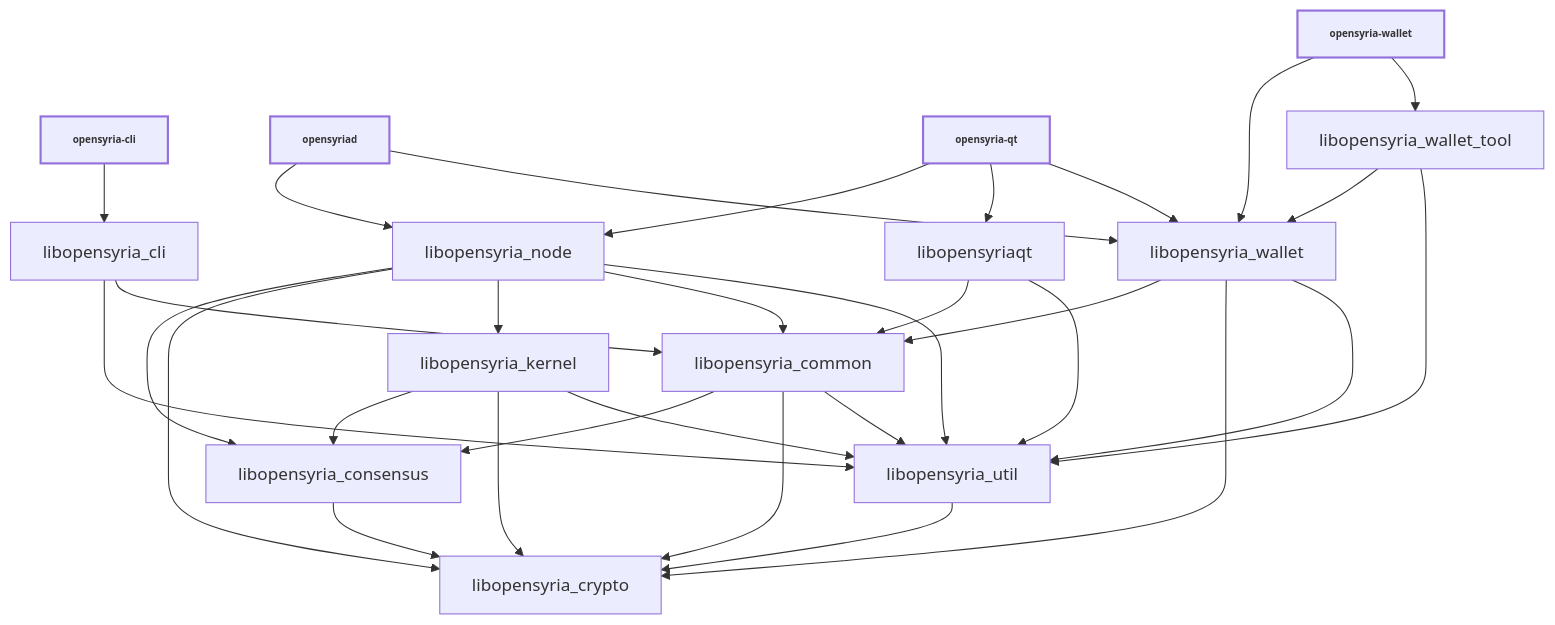
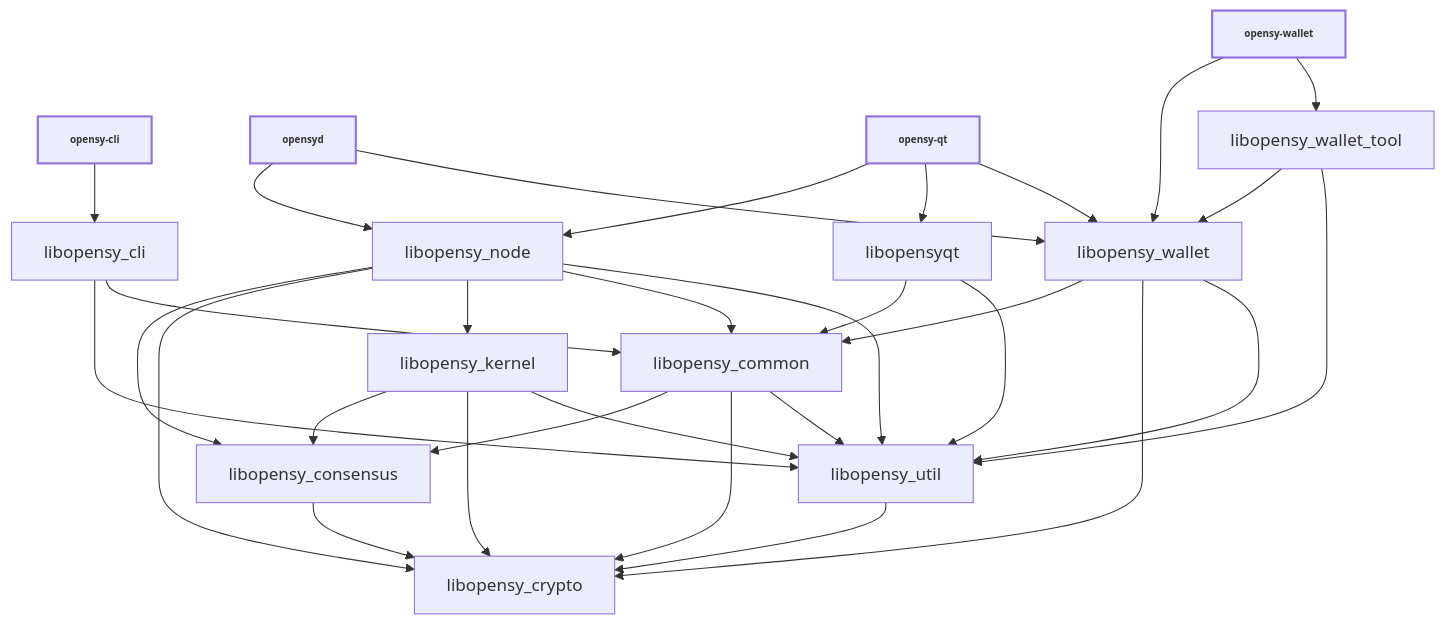
Before and after one commit to opensyria/OpenSyria: the diagram in doc/design/libraries.md, drawn with Mermaid. The commit also changed other lines of this file and 2018 other files, not shown here.

````diff
--- a/doc/design/libraries.md
+++ b/doc/design/libraries.md
@@ -36,52 +36,52 @@
 ```mermaid
 
 %%{ init : { "flowchart" : { "curve" : "basis" }}}%%
 
 graph TD;
 
-opensyria-cli[opensyria-cli]-->libopensyria_cli;
+opensy-cli[opensy-cli]-->libopensy_cli;
 
-opensyriad[opensyriad]-->libopensyria_node;
-opensyriad[opensyriad]-->libopensyria_wallet;
+opensyd[opensyd]-->libopensy_node;
+opensyd[opensyd]-->libopensy_wallet;
 
-opensyria-qt[opensyria-qt]-->libopensyria_node;
-opensyria-qt[opensyria-qt]-->libopensyriaqt;
-opensyria-qt[opensyria-qt]-->libopensyria_wallet;
+opensy-qt[opensy-qt]-->libopensy_node;
+opensy-qt[opensy-qt]-->libopensyqt;
+opensy-qt[opensy-qt]-->libopensy_wallet;
 
-opensyria-wallet[opensyria-wallet]-->libopensyria_wallet;
-opensyria-wallet[opensyria-wallet]-->libopensyria_wallet_tool;
+opensy-wallet[opensy-wallet]-->libopensy_wallet;
+opensy-wallet[opensy-wallet]-->libopensy_wallet_tool;
 
-libopensyria_cli-->libopensyria_util;
-libopensyria_cli-->libopensyria_common;
+libopensy_cli-->libopensy_util;
+libopensy_cli-->libopensy_common;
 
-libopensyria_consensus-->libopensyria_crypto;
+libopensy_consensus-->libopensy_crypto;
 
-libopensyria_common-->libopensyria_consensus;
-libopensyria_common-->libopensyria_crypto;
-libopensyria_common-->libopensyria_util;
+libopensy_common-->libopensy_consensus;
+libopensy_common-->libopensy_crypto;
+libopensy_common-->libopensy_util;
 
-libopensyria_kernel-->libopensyria_consensus;
-libopensyria_kernel-->libopensyria_crypto;
-libopensyria_kernel-->libopensyria_util;
+libopensy_kernel-->libopensy_consensus;
+libopensy_kernel-->libopensy_crypto;
+libopensy_kernel-->libopensy_util;
 
-libopensyria_node-->libopensyria_consensus;
-libopensyria_node-->libopensyria_crypto;
-libopensyria_node-->libopensyria_kernel;
-libopensyria_node-->libopensyria_common;
-libopensyria_node-->libopensyria_util;
+libopensy_node-->libopensy_consensus;
+libopensy_node-->libopensy_crypto;
+libopensy_node-->libopensy_kernel;
+libopensy_node-->libopensy_common;
+libopensy_node-->libopensy_util;
 
-libopensyriaqt-->libopensyria_common;
-libopensyriaqt-->libopensyria_util;
+libopensyqt-->libopensy_common;
+libopensyqt-->libopensy_util;
 
-libopensyria_util-->libopensyria_crypto;
+libopensy_util-->libopensy_crypto;
 
-libopensyria_wallet-->libopensyria_common;
-libopensyria_wallet-->libopensyria_crypto;
-libopensyria_wallet-->libopensyria_util;
+libopensy_wallet-->libopensy_common;
+libopensy_wallet-->libopensy_crypto;
+libopensy_wallet-->libopensy_util;
 
-libopensyria_wallet_tool-->libopensyria_wallet;
-libopensyria_wallet_tool-->libopensyria_util;
+libopensy_wallet_tool-->libopensy_wallet;
+libopensy_wallet_tool-->libopensy_util;
 
 classDef bold stroke-width:2px, font-weight:bold, font-size: smaller;
-class opensyria-qt,opensyriad,opensyria-cli,opensyria-wallet bold
+class opensy-qt,opensyd,opensy-cli,opensy-wallet bold
 ```
````
